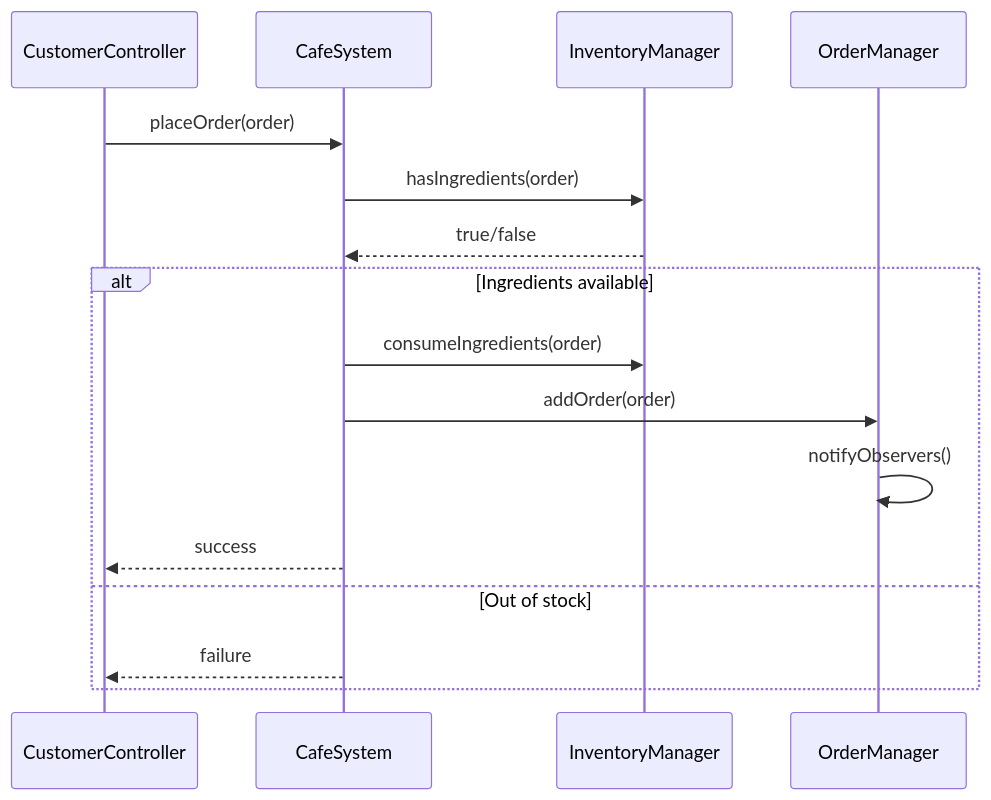
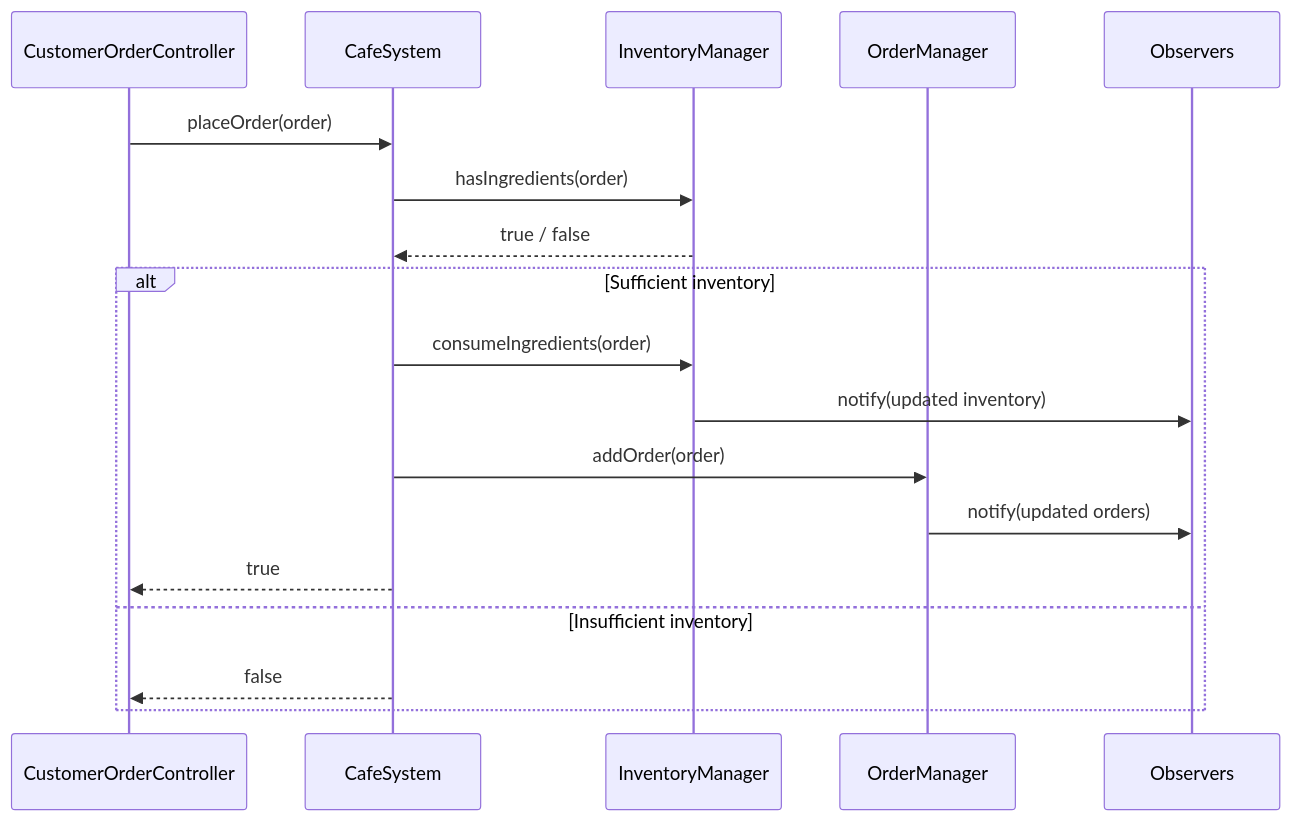
Before and after one commit to nhulchris/ICS-372-Group-Project: the third of 6 diagrams in Report.md, drawn with Mermaid. The commit also changed other lines of this file, not shown here.

````diff
--- a/Report.md
+++ b/Report.md
@@ -250,21 +326,22 @@
 ```mermaid
 sequenceDiagram
-    participant C as CustomerController
+    participant C as CustomerOrderController
     participant S as CafeSystem
     participant IM as InventoryManager
     participant OM as OrderManager
+    participant Obs as Observers
 
     C->>S: placeOrder(order)
+    S->>IM: hasIngredients(order)
+    IM-->>S: true / false
 
-    S->>IM: hasIngredients(order)
-    IM-->>S: true/false
-
-    alt Ingredients available
+    alt Sufficient inventory
         S->>IM: consumeIngredients(order)
+        IM->>Obs: notify(updated inventory)
         S->>OM: addOrder(order)
-        OM->>OM: notifyObservers()
-        S-->>C: success
-    else Out of stock
-        S-->>C: failure
+        OM->>Obs: notify(updated orders)
+        S-->>C: true
+    else Insufficient inventory
+        S-->>C: false
     end
 ```
````
